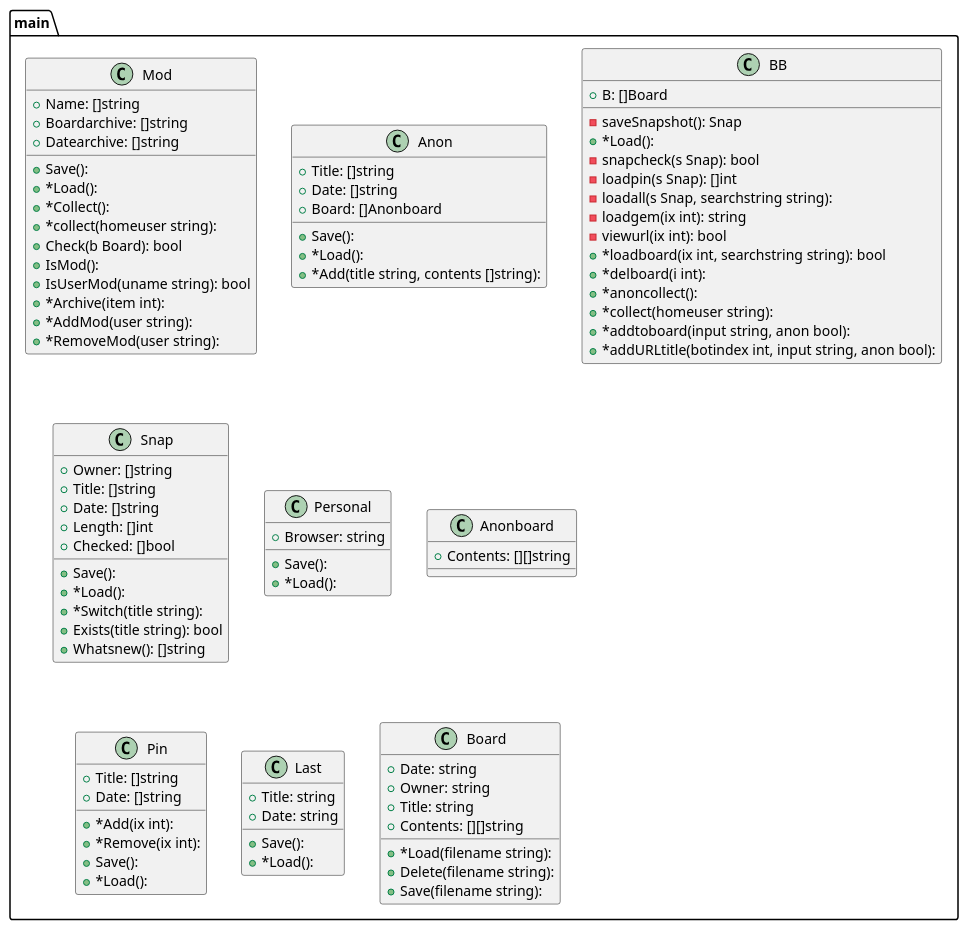
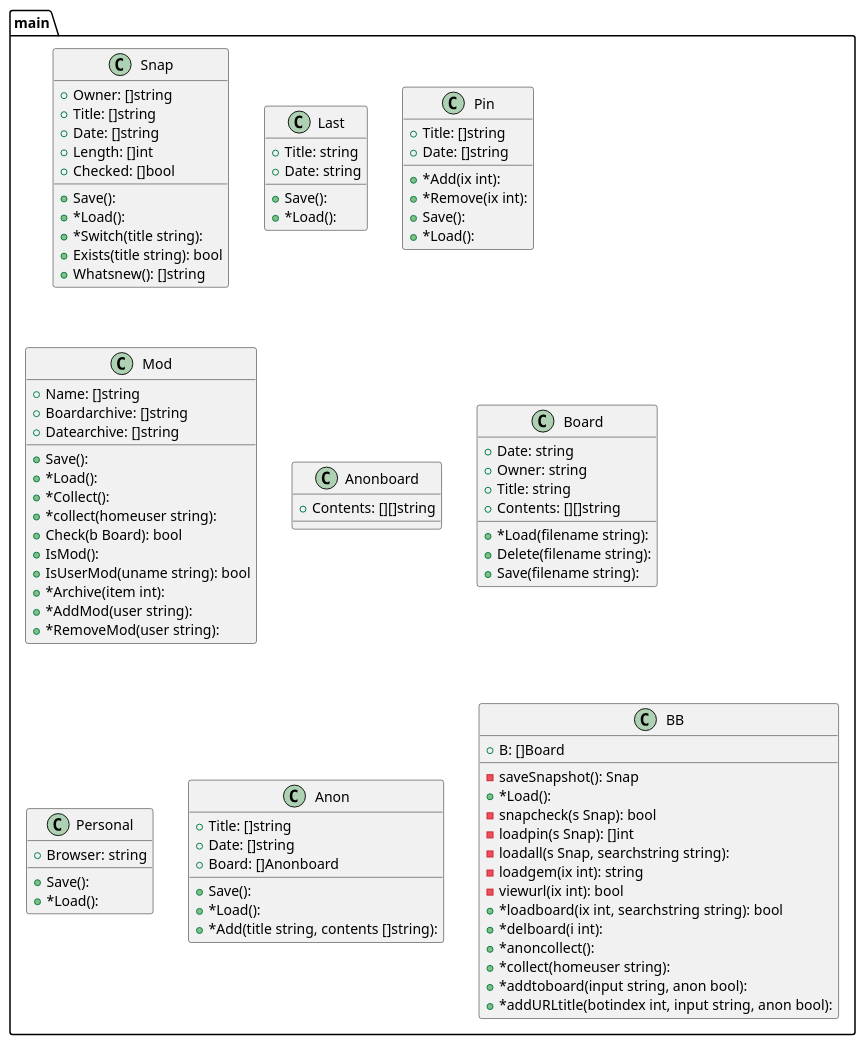
The diagram in graph.puml (tbal999/bb), drawn with PlantUML before and after one commit. The commit also changed other lines of this file and 1 other file, not shown here.

```diff
--- a/graph.puml
+++ b/graph.puml
@@ -1,104 +1,104 @@
 @startuml
+package ...main{
+class Snap {
++Owner: []string
++Title: []string
++Date: []string
++Length: []int
++Checked: []bool
++Save(): 
++*Load(): 
++*Switch(title string): 
++Exists(title string): bool
++Whatsnew(): []string
+}
+}
+package ...main{
+class Last {
++Title: string
++Date: string
++Save(): 
++*Load(): 
+}
+}
+package ...main{
+class Pin {
++Title: []string
++Date: []string
++*Add(ix int): 
++*Remove(ix int): 
++Save(): 
++*Load(): 
+}
+}
 package ...main{
 class Mod {
 +Name: []string
 +Boardarchive: []string
 +Datearchive: []string
 +Save(): 
 +*Load(): 
 +*Collect(): 
 +*collect(homeuser string): 
 +Check(b Board): bool
 +IsMod(): 
 +IsUserMod(uname string): bool
 +*Archive(item int): 
 +*AddMod(user string): 
 +*RemoveMod(user string): 
+}
+}
+package ...main{
+class Anonboard {
++Contents: [][]string
+
+}
+}
+package ...main{
+class Board {
++Date: string
++Owner: string
++Title: string
++Contents: [][]string
++*Load(filename string): 
++Delete(filename string): 
++Save(filename string): 
+}
+}
+package ...main{
+class Personal {
++Browser: string
++Save(): 
++*Load(): 
 }
 }
 package ...main{
 class Anon {
 +Title: []string
 +Date: []string
 +Board: []Anonboard
 +Save(): 
 +*Load(): 
 +*Add(title string, contents []string): 
 }
 }
 package ...main{
 class BB {
 +B: []Board
 -saveSnapshot(): Snap
 +*Load(): 
 -snapcheck(s Snap): bool
 -loadpin(s Snap): []int
 -loadall(s Snap, searchstring string): 
 -loadgem(ix int): string
 -viewurl(ix int): bool
 +*loadboard(ix int, searchstring string): bool
 +*delboard(i int): 
 +*anoncollect(): 
 +*collect(homeuser string): 
 +*addtoboard(input string, anon bool): 
 +*addURLtitle(botindex int, input string, anon bool): 
 }
 }
-package ...main{
-class Snap {
-+Owner: []string
-+Title: []string
-+Date: []string
-+Length: []int
-+Checked: []bool
-+Save(): 
-+*Load(): 
-+*Switch(title string): 
-+Exists(title string): bool
-+Whatsnew(): []string
-}
-}
-package ...main{
-class Personal {
-+Browser: string
-+Save(): 
-+*Load(): 
-}
-}
-package ...main{
-class Anonboard {
-+Contents: [][]string
-
-}
-}
-package ...main{
-class Pin {
-+Title: []string
-+Date: []string
-+*Add(ix int): 
-+*Remove(ix int): 
-+Save(): 
-+*Load(): 
-}
-}
-package ...main{
-class Last {
-+Title: string
-+Date: string
-+Save(): 
-+*Load(): 
-}
-}
-package ...main{
-class Board {
-+Date: string
-+Owner: string
-+Title: string
-+Contents: [][]string
-+*Load(filename string): 
-+Delete(filename string): 
-+Save(filename string): 
-}
-}
 
 @enduml
```
